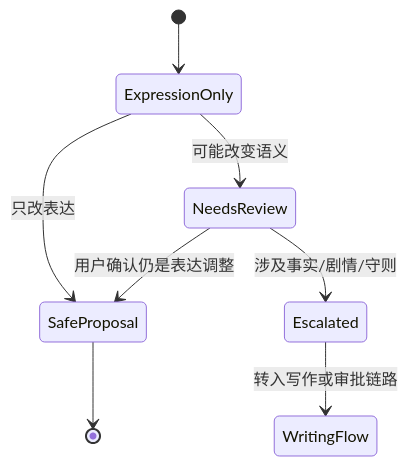
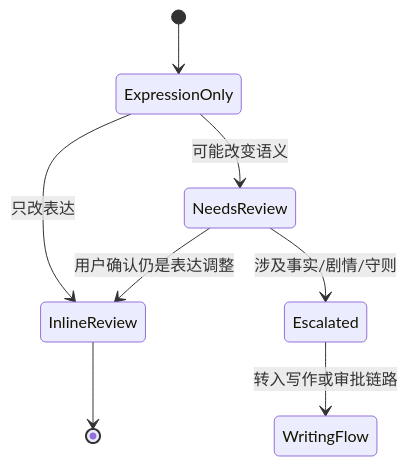
One commit to jinhuang712/open-novel changed the third of 3 diagrams in spec/S09-style-and-humanizer.md. Above: the diagram before and after it, drawn with Mermaid. The commit also changed other lines of this file and 13 other files, not shown here.

Commit message:
docs: define inline review approval path

````diff
--- a/spec/S09-style-and-humanizer.md
+++ b/spec/S09-style-and-humanizer.md
@@ -74,10 +77,10 @@
 ```mermaid
 stateDiagram-v2
   [*] --> ExpressionOnly
-  ExpressionOnly --> SafeProposal: 只改表达
+  ExpressionOnly --> InlineReview: 只改表达
   ExpressionOnly --> NeedsReview: 可能改变语义
-  NeedsReview --> SafeProposal: 用户确认仍是表达调整
+  NeedsReview --> InlineReview: 用户确认仍是表达调整
   NeedsReview --> Escalated: 涉及事实/剧情/守则
   Escalated --> WritingFlow: 转入写作或审批链路
-  SafeProposal --> [*]
+  InlineReview --> [*]
 ```
````
